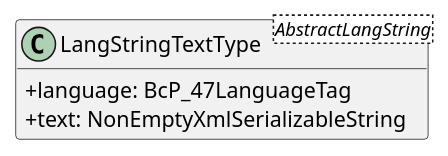
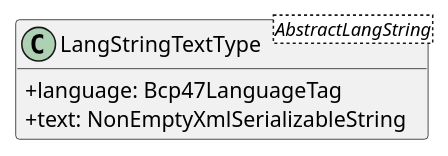
One commit to zrgt/py2puml changed the diagram in output/classes/LangStringTextType.puml. Above: the diagram before and after it, drawn with PlantUML. The commit also changed 13 other files, not shown here.

```diff
--- a/output/classes/LangStringTextType.puml
+++ b/output/classes/LangStringTextType.puml
@@ -1,9 +1,9 @@
 @startuml
 skinparam classAttributeIconSize 0
 hide methods
 
 class LangStringTextType<AbstractLangString> {
-  +language: BcP_47LanguageTag 
+  +language: Bcp47LanguageTag 
   +text: NonEmptyXmlSerializableString 
 }
 @enduml
```
